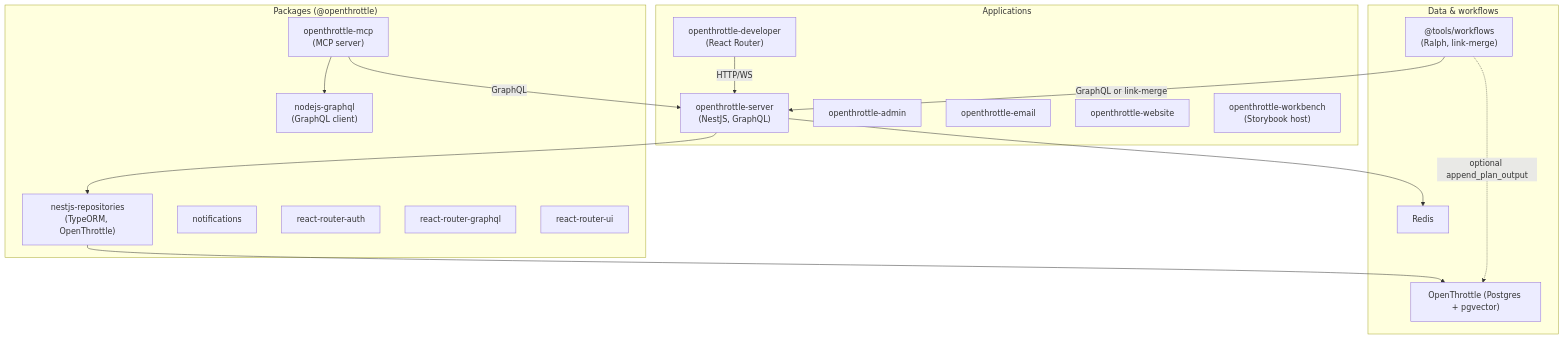
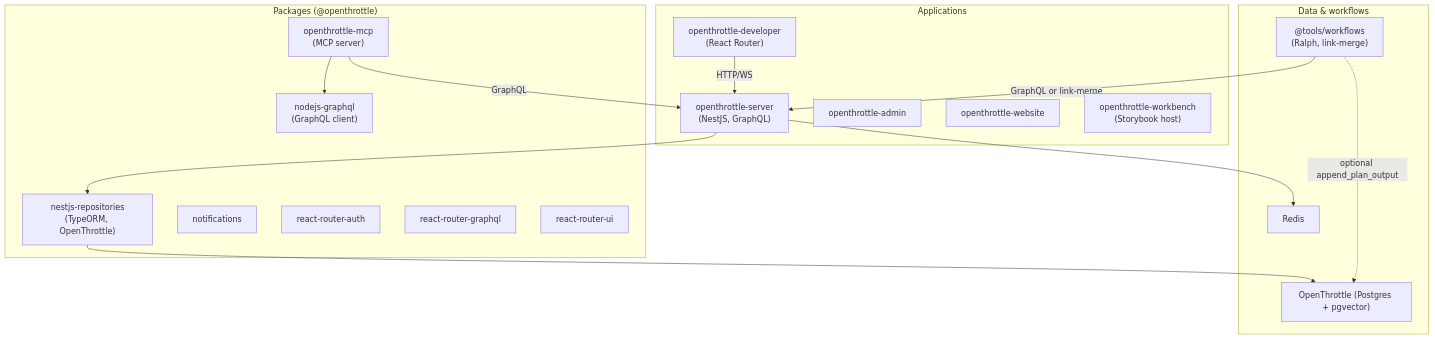
Before and after one commit to OpenThrottle/monorepo: the first of 2 diagrams in docs/openthrottle/monorepo-architecture.md, drawn with Mermaid. The commit also changed other lines of this file and 249 other files, not shown here.

````diff
--- a/docs/openthrottle/monorepo-architecture.md
+++ b/docs/openthrottle/monorepo-architecture.md
@@ -11,36 +11,35 @@
 ```mermaid
 flowchart TB
   subgraph Applications["Applications"]
     Server["openthrottle-server<br/>(NestJS, GraphQL)"]
     Developer["openthrottle-developer<br/>(React Router)"]
     Admin["openthrottle-admin"]
-    Email["openthrottle-email"]
     Website["openthrottle-website"]
     Workbench["openthrottle-workbench<br/>(Storybook host)"]
   end
 
   subgraph Packages["Packages (@openthrottle)"]
     MCP["openthrottle-mcp<br/>(MCP server)"]
     NodeGraphQL["nodejs-graphql<br/>(GraphQL client)"]
     NestRepos["nestjs-repositories<br/>(TypeORM, OpenThrottle)"]
     Notifications["notifications"]
     ReactRouterAuth["react-router-auth"]
     ReactRouterGraphQL["react-router-graphql"]
     ReactRouterUI["react-router-ui"]
   end
 
   subgraph Data["Data & workflows"]
     OpenThrottle["OpenThrottle (Postgres + pgvector)"]
     Redis["Redis"]
     Workflows["@tools/workflows<br/>(Ralph, link-merge)"]
   end
 
   Developer -->|HTTP/WS| Server
   MCP -->|GraphQL| Server
   MCP --> NodeGraphQL
   Server --> NestRepos
   NestRepos --> OpenThrottle
   Server --> Redis
   Workflows -->|GraphQL or link-merge| Server
   Workflows -.->|optional append_plan_output| OpenThrottle
 ```
````
